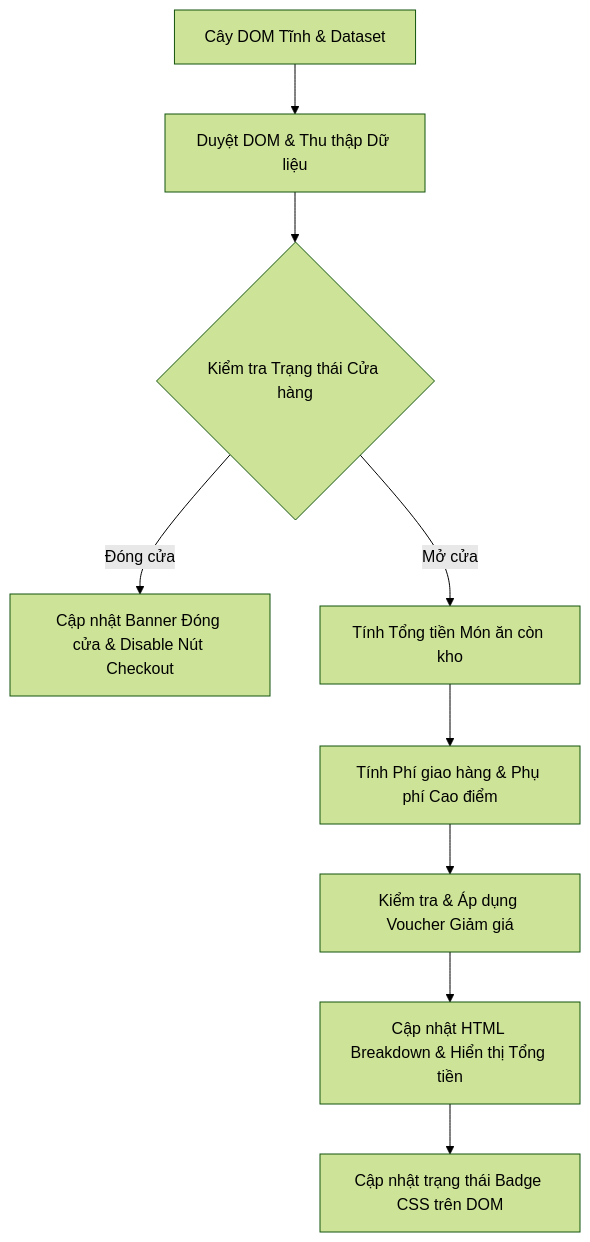
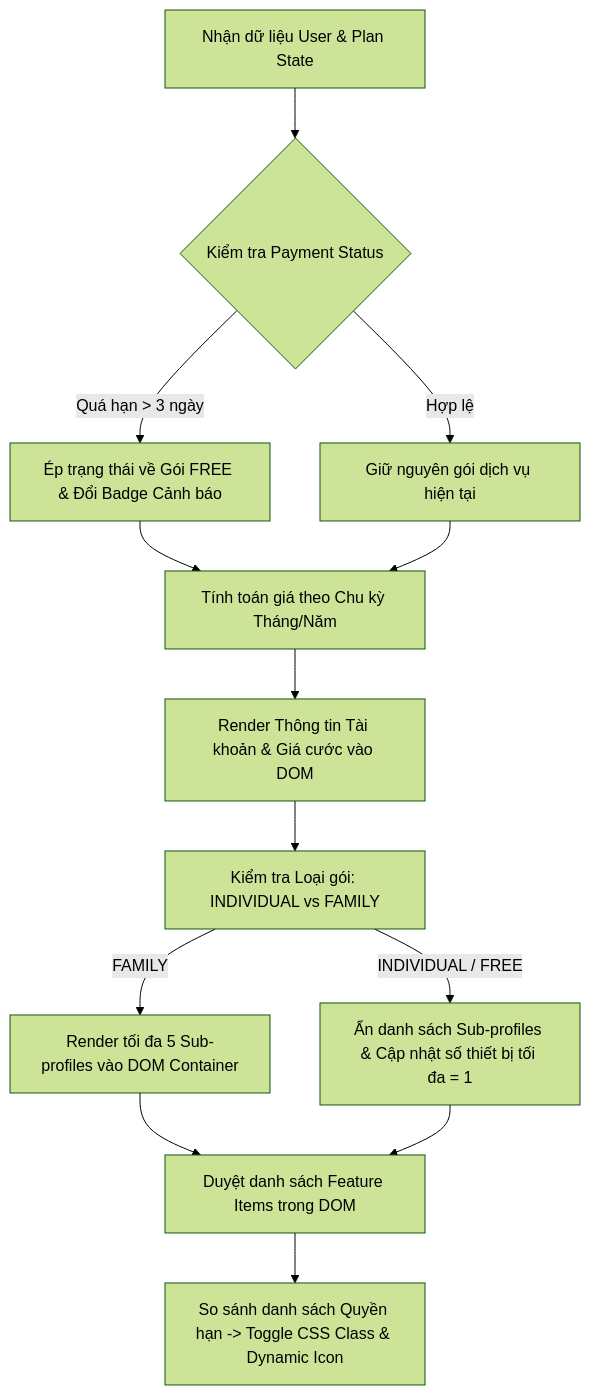
One commit to ngoquy12/learning_material changed the diagram in output/pms/Phát_triển_ứng_dụng_web/Session 17 - Tương tác DOM API (Document Object Model)- Truy xuất và Thay đổi Nội dung/Bài tập/bai_tap_13.md. Above: the diagram before and after it, drawn with Mermaid (forest theme). The commit also changed other lines of this file and 116 other files, not shown here.

Commit message:
fix(homework): standardize 15-exercise Bloom suite naming convention, add synthesis/mindmap exercises, clean legacy stubs, and integrate HomeworkReviewerAgent

````diff
--- a/output/pms/Phát_triển_ứng_dụng_web/Session 17 - Tương tác DOM API (Document Object Model)- Truy xuất và Thay đổi Nội dung/Bài tập/bai_tap_13.md
+++ b/output/pms/Phát_triển_ứng_dụng_web/Session 17 - Tương tác DOM API (Document Object Model)- Truy xuất và Thay đổi Nội dung/Bài tập/bai_tap_13.md
@@ -21,11 +22,15 @@
 ```mermaid
-graph TD
-    A[Cây DOM Tĩnh & Dataset] --> B[Duyệt DOM & Thu thập Dữ liệu]
-    B --> C{Kiểm tra Trạng thái Cửa hàng}
-    C -- Đóng cửa --> D[Cập nhật Banner Đóng cửa & Disable Nút Checkout]
-    C -- Mở cửa --> E[Tính Tổng tiền Món ăn còn kho]
-    E --> F[Tính Phí giao hàng & Phụ phí Cao điểm]
-    F --> G[Kiểm tra & Áp dụng Voucher Giảm giá]
-    G --> H[Cập nhật HTML Breakdown & Hiển thị Tổng tiền]
-    H --> I[Cập nhật trạng thái Badge CSS trên DOM]
+flowchart TD
+    A[Nhận dữ liệu User & Plan State] --> B{Kiểm tra Payment Status}
+    B -- Quá hạn > 3 ngày --> C[Ép trạng thái về Gói FREE & Đổi Badge Cảnh báo]
+    B -- Hợp lệ --> D[Giữ nguyên gói dịch vụ hiện tại]
+    C --> E[Tính toán giá theo Chu kỳ Tháng/Năm]
+    D --> E
+    E --> F[Render Thông tin Tài khoản & Giá cước vào DOM]
+    F --> G[Kiểm tra Loại gói: INDIVIDUAL vs FAMILY]
+    G -- FAMILY --> H[Render tối đa 5 Sub-profiles vào DOM Container]
+    G -- INDIVIDUAL / FREE --> I[Ẩn danh sách Sub-profiles & Cập nhật số thiết bị tối đa = 1]
+    H --> J[Duyệt danh sách Feature Items trong DOM]
+    I --> J
+    J --> K[So sánh danh sách Quyền hạn -> Toggle CSS Class & Dynamic Icon]
 ```
````
